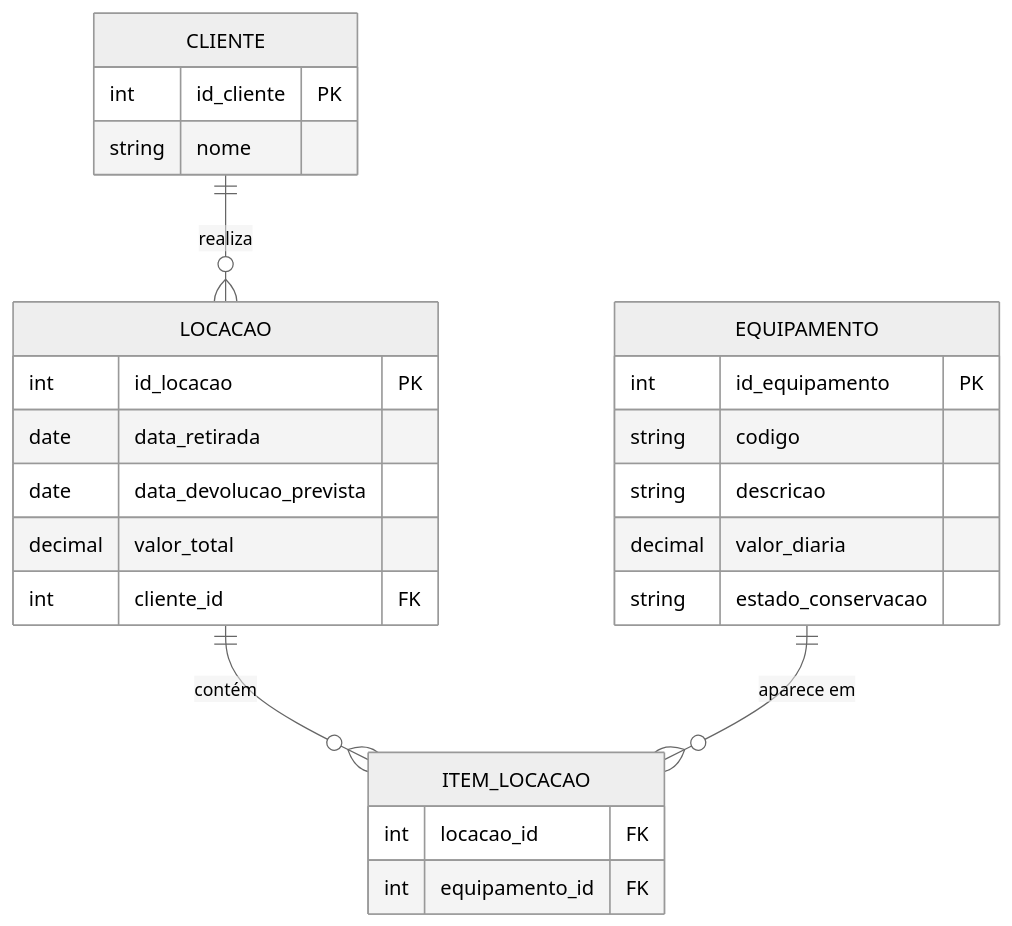
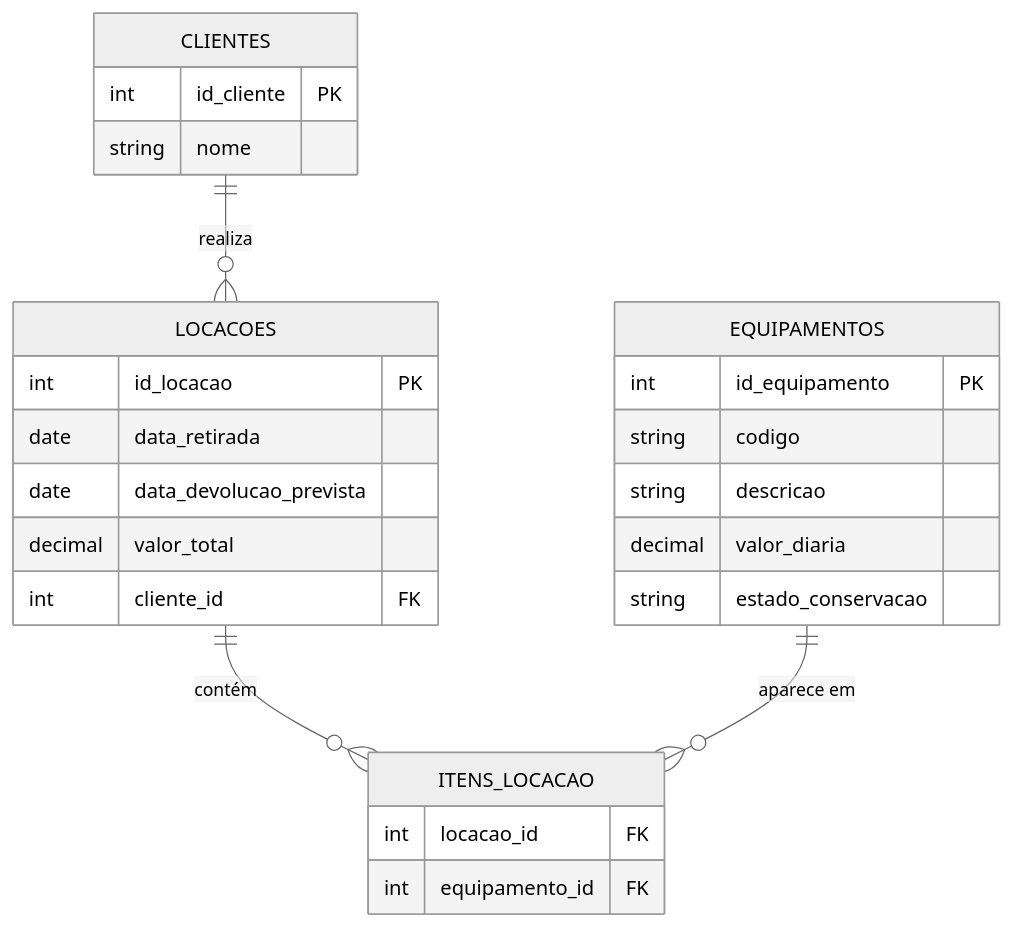
Before and after one commit to GTI-Fatec-Jahu/BDA-GTI-2026-2: the fourth of 7 diagrams in docs/aulas/Aula_02_Gabarito.md, drawn with Mermaid (neutral theme). The commit also changed other lines of this file and 5 other files, not shown here.

````diff
--- a/docs/aulas/Aula_02_Gabarito.md
+++ b/docs/aulas/Aula_02_Gabarito.md
@@ -156,29 +156,29 @@
 ```mermaid
 erDiagram
-    CLIENTE {
+    CLIENTES {
         int id_cliente PK
         string nome
     }
-    EQUIPAMENTO {
+    EQUIPAMENTOS {
         int id_equipamento PK
         string codigo
         string descricao
         decimal valor_diaria
         string estado_conservacao
     }
-    LOCACAO {
+    LOCACOES {
         int id_locacao PK
         date data_retirada
         date data_devolucao_prevista
         decimal valor_total
         int cliente_id FK
     }
-    ITEM_LOCACAO {
+    ITENS_LOCACAO {
         int locacao_id FK
         int equipamento_id FK
     }
 
-    CLIENTE ||--o{ LOCACAO : "realiza"
-    LOCACAO ||--o{ ITEM_LOCACAO : "contém"
-    EQUIPAMENTO ||--o{ ITEM_LOCACAO : "aparece em"
+    CLIENTES ||--o{ LOCACOES : "realiza"
+    LOCACOES ||--o{ ITENS_LOCACAO : "contém"
+    EQUIPAMENTOS ||--o{ ITENS_LOCACAO : "aparece em"
 ```
````
